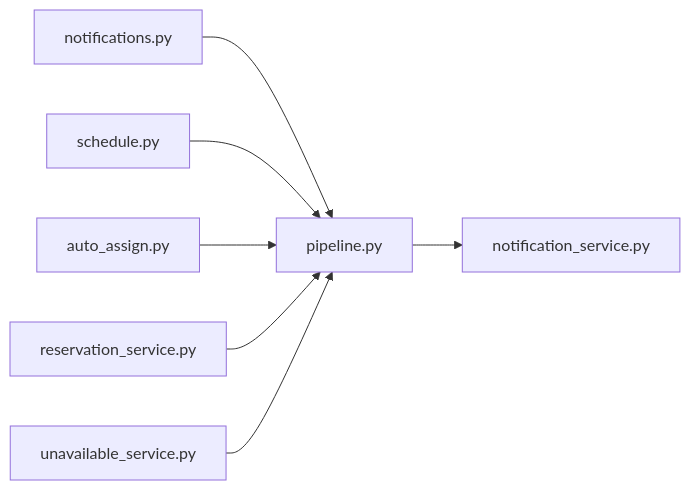
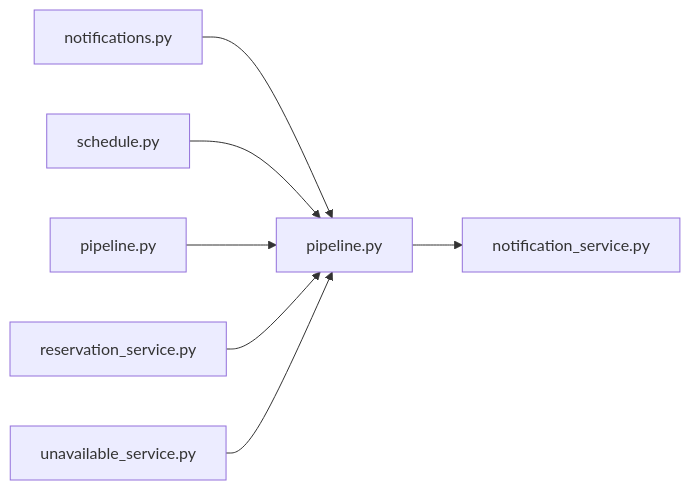
Before and after one commit to minkong-dev/Banblit: the diagram in .cluedoc/graph/backend/src/backend/services/notification/pipeline.md, drawn with Mermaid. The commit also changed other lines of this file and 64 other files, not shown here.

First line of the commit message:
backend: assign up to the target with allowed absences and keep short results as records

````diff
--- a/.cluedoc/graph/backend/src/backend/services/notification/pipeline.md
+++ b/.cluedoc/graph/backend/src/backend/services/notification/pipeline.md
@@ -10,10 +10,10 @@
 ```mermaid
 flowchart LR
   backend_src_backend_services_notification_pipeline["pipeline.py"]
   backend_src_backend_services_notification_pipeline --> backend_src_backend_services_notification_notification_service["notification_service.py"]
   backend_src_backend_api_routers_notifications["notifications.py"] --> backend_src_backend_services_notification_pipeline
   backend_src_backend_api_routers_schedule["schedule.py"] --> backend_src_backend_services_notification_pipeline
-  backend_src_backend_jobs_auto_assign["auto_assign.py"] --> backend_src_backend_services_notification_pipeline
+  backend_src_backend_services_period_pipeline["pipeline.py"] --> backend_src_backend_services_notification_pipeline
   backend_src_backend_services_reservation_reservation_service["reservation_service.py"] --> backend_src_backend_services_notification_pipeline
   backend_src_backend_services_unavailable_unavailable_service["unavailable_service.py"] --> backend_src_backend_services_notification_pipeline
 ```
````
